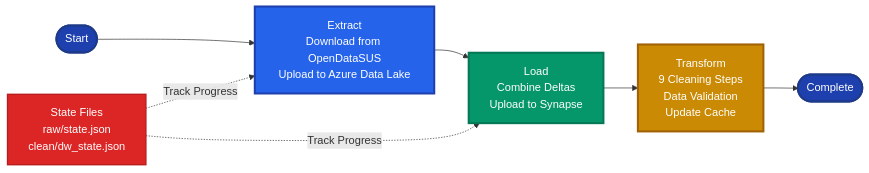
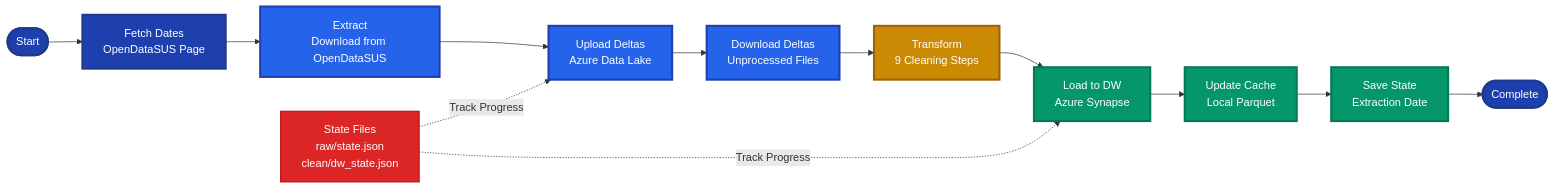
One commit to joaovargass/indicium-ai-engineering-certification changed the diagram in diagrams/elt-pipeline.mmd. Above: the diagram before and after it, drawn with Mermaid. The commit also changed other lines of this file and 34 other files, not shown here.

```diff
--- a/diagrams/elt-pipeline.mmd
+++ b/diagrams/elt-pipeline.mmd
@@ -1,20 +1,25 @@
 flowchart LR
-    Start([Start]) --> Extract[Extract<br/>Download from OpenDataSUS<br/>Upload to Azure Data Lake]
-    Extract --> Load[Load<br/>Combine Deltas<br/>Upload to Synapse]
-    Load --> Transform[Transform<br/>9 Cleaning Steps<br/>Data Validation<br/>Update Cache]
-    Transform --> End([Complete])
+    Start([Start]) --> Datas[Fetch Dates<br/>OpenDataSUS Page]
+    Datas --> Extract[Extract<br/>Download from OpenDataSUS]
+    Extract --> Upload[Upload Deltas<br/>Azure Data Lake]
+    Upload --> Download[Download Deltas<br/>Unprocessed Files]
+    Download --> Transform[Transform<br/>9 Cleaning Steps]
+    Transform --> Load[Load to DW<br/>Azure Synapse]
+    Load --> Cache[Update Cache<br/>Local Parquet]
+    Cache --> Estado[Save State<br/>Extraction Date]
+    Estado --> End([Complete])
     
-    State[State Files<br/>raw/state.json<br/>clean/dw_state.json] -.->|Track Progress| Extract
+    State[State Files<br/>raw/state.json<br/>clean/dw_state.json] -.->|Track Progress| Upload
     State -.->|Track Progress| Load
     
     classDef extractStyle fill:#2563eb,stroke:#1e40af,stroke-width:3px,color:#fff
     classDef transformStyle fill:#ca8a04,stroke:#a16207,stroke-width:3px,color:#fff
     classDef loadStyle fill:#059669,stroke:#047857,stroke-width:3px,color:#fff
     classDef stateStyle fill:#dc2626,stroke:#b91c1c,stroke-width:2px,color:#fff
     classDef startEndStyle fill:#1e40af,stroke:#1e3a8a,stroke-width:3px,color:#fff
     
-    class Extract extractStyle
+    class Extract,Upload,Download extractStyle
     class Transform transformStyle
-    class Load loadStyle
+    class Load,Cache,Estado loadStyle
     class State stateStyle
-    class Start,End startEndStyle
+    class Start,End,Datas startEndStyle
```
